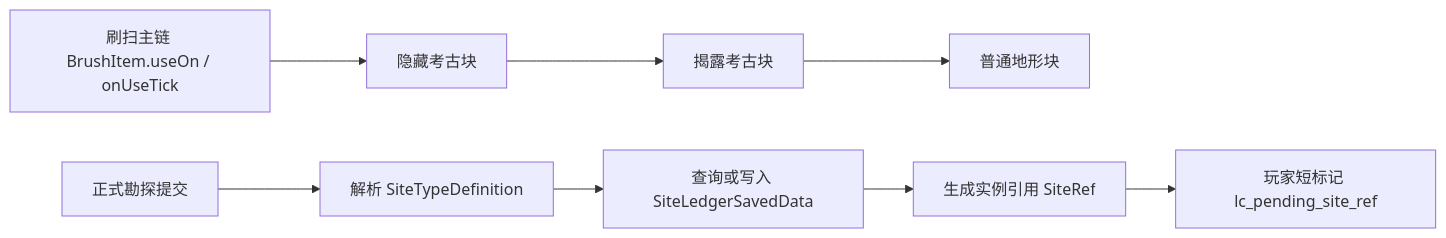
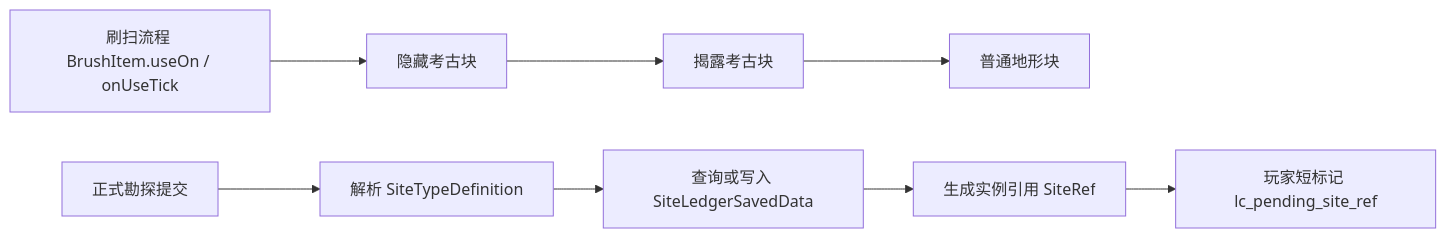
Before and after one commit to PickAID/LostCivilization: the diagram in docs/src/zh-CN/ModdingDeveloping/Implementation/Survey.md, drawn with Mermaid. The commit also changed other lines of this file and 98 other files, not shown here.

````diff
--- a/docs/src/zh-CN/ModdingDeveloping/Implementation/Survey.md
+++ b/docs/src/zh-CN/ModdingDeveloping/Implementation/Survey.md
@@ -14,10 +14,10 @@
 ```mermaid
 flowchart LR
-    Brush["刷扫主链 BrushItem.useOn / onUseTick"] --> Hidden["隐藏考古块"]
+    Brush["刷扫流程 BrushItem.useOn / onUseTick"] --> Hidden["隐藏考古块"]
     Hidden --> Revealed["揭露考古块"]
     Revealed --> Exhausted["普通地形块"]
     Request["正式勘探提交"] --> Resolve["解析 SiteTypeDefinition"]
     Resolve --> Ledger["查询或写入 SiteLedgerSavedData"]
     Ledger --> Ref["生成实例引用 SiteRef"]
     Ref --> Pending["玩家短标记 lc_pending_site_ref"]
 ```
````
